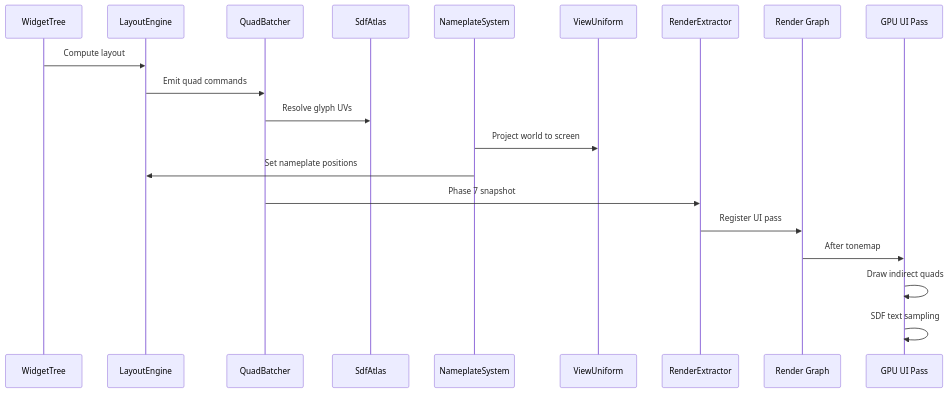
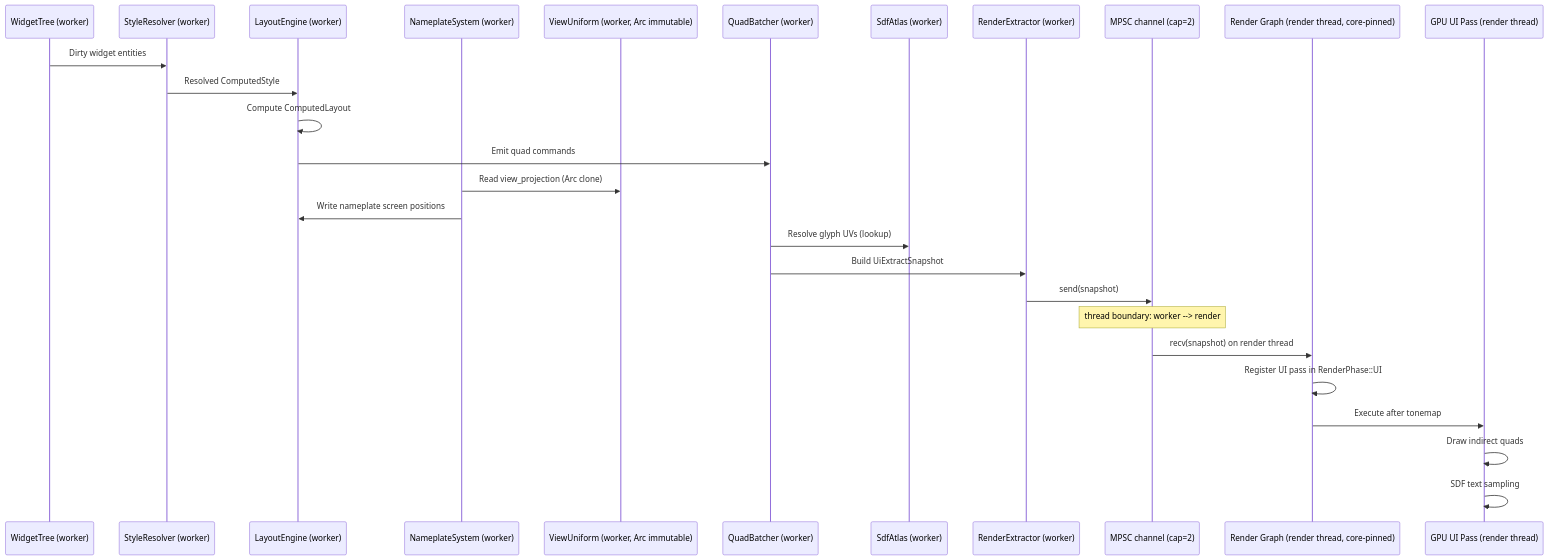
One commit to harmonius-dev/harmonius changed the second of 2 diagrams in docs/design/integration/rendering-ui.md. Above: the diagram before and after it, drawn with Mermaid. The commit also changed other lines of this file and 109 other files, not shown here.

````diff
--- a/docs/design/integration/rendering-ui.md
+++ b/docs/design/integration/rendering-ui.md
@@ -356,23 +495,30 @@
 ```mermaid
 sequenceDiagram
-    participant WT as WidgetTree
-    participant LY as LayoutEngine
-    participant QB as QuadBatcher
-    participant SA as SdfAtlas
-    participant NP as NameplateSystem
-    participant VU as ViewUniform
-    participant EX as RenderExtractor
-    participant RG as Render Graph
-    participant GPU as GPU UI Pass
+    participant WT as WidgetTree (worker)
+    participant SR as StyleResolver (worker)
+    participant LY as LayoutEngine (worker)
+    participant NP as NameplateSystem (worker)
+    participant VU as ViewUniform (worker, Arc immutable)
+    participant QB as QuadBatcher (worker)
+    participant SA as SdfAtlas (worker)
+    participant EX as RenderExtractor (worker)
+    participant CH as MPSC channel (cap=2)
+    participant RG as Render Graph (render thread, core-pinned)
+    participant GPU as GPU UI Pass (render thread)
 
-    WT->>LY: Compute layout
+    WT->>SR: Dirty widget entities
+    SR->>LY: Resolved ComputedStyle
+    LY->>LY: Compute ComputedLayout
     LY->>QB: Emit quad commands
-    QB->>SA: Resolve glyph UVs
-    NP->>VU: Project world to screen
-    NP->>LY: Set nameplate positions
-    QB->>EX: Phase 7 snapshot
-    EX->>RG: Register UI pass
-    RG->>GPU: After tonemap
+    NP->>VU: Read view_projection (Arc clone)
+    NP->>LY: Write nameplate screen positions
+    QB->>SA: Resolve glyph UVs (lookup)
+    QB->>EX: Build UiExtractSnapshot
+    EX->>CH: send(snapshot)
+    Note over CH: thread boundary: worker --> render
+    CH->>RG: recv(snapshot) on render thread
+    RG->>RG: Register UI pass in RenderPhase::UI
+    RG->>GPU: Execute after tonemap
     GPU->>GPU: Draw indirect quads
     GPU->>GPU: SDF text sampling
 ```
````
